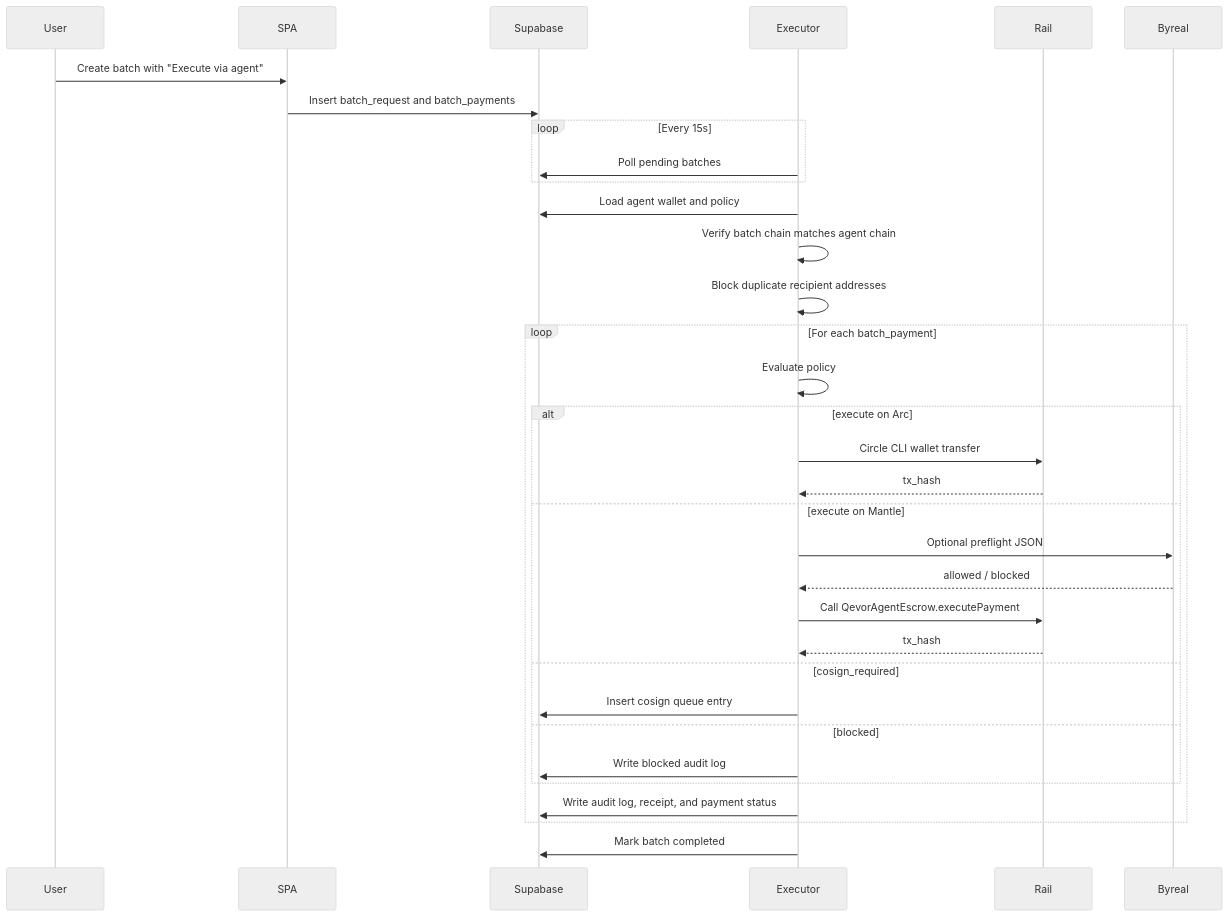
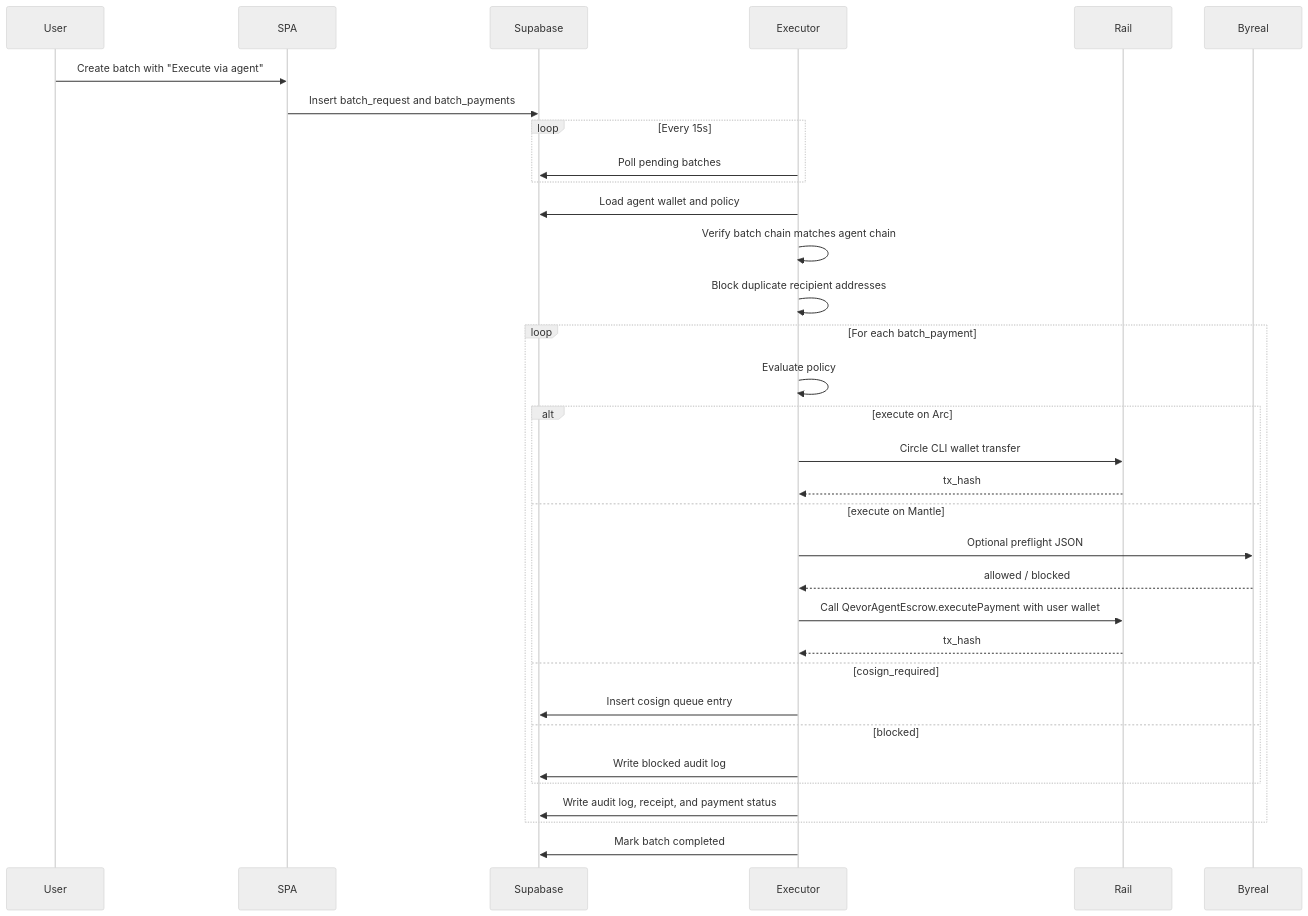
One commit to Qevor/Qevor changed the first of 2 diagrams in docs/agent-stack.md. Above: the diagram before and after it, drawn with Mermaid (neutral theme). The commit also changed other lines of this file and 15 other files, not shown here.

Commit message:
Scope Mantle agent escrow balances per user

````diff
--- a/docs/agent-stack.md
+++ b/docs/agent-stack.md
@@ -39,36 +39,36 @@
 ```mermaid
 sequenceDiagram
     participant User
     participant SPA
     participant Supabase
     participant Executor
     participant Rail
     participant Byreal
 
     User->>SPA: Create batch with "Execute via agent"
     SPA->>Supabase: Insert batch_request and batch_payments
     loop Every 15s
         Executor->>Supabase: Poll pending batches
     end
     Executor->>Supabase: Load agent wallet and policy
     Executor->>Executor: Verify batch chain matches agent chain
     Executor->>Executor: Block duplicate recipient addresses
     loop For each batch_payment
         Executor->>Executor: Evaluate policy
         alt execute on Arc
             Executor->>Rail: Circle CLI wallet transfer
             Rail-->>Executor: tx_hash
         else execute on Mantle
             Executor->>Byreal: Optional preflight JSON
             Byreal-->>Executor: allowed / blocked
-            Executor->>Rail: Call QevorAgentEscrow.executePayment
+            Executor->>Rail: Call QevorAgentEscrow.executePayment with user wallet
             Rail-->>Executor: tx_hash
         else cosign_required
             Executor->>Supabase: Insert cosign queue entry
         else blocked
             Executor->>Supabase: Write blocked audit log
         end
         Executor->>Supabase: Write audit log, receipt, and payment status
     end
     Executor->>Supabase: Mark batch completed
 ```
````
